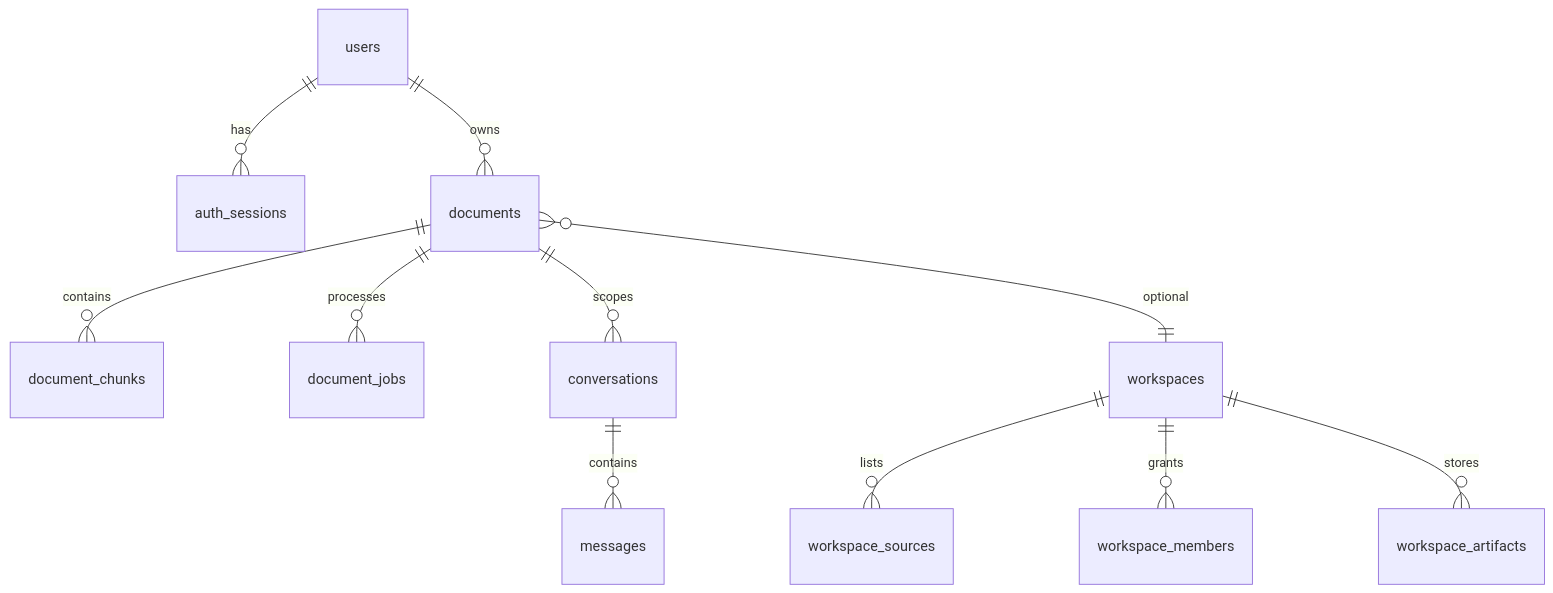
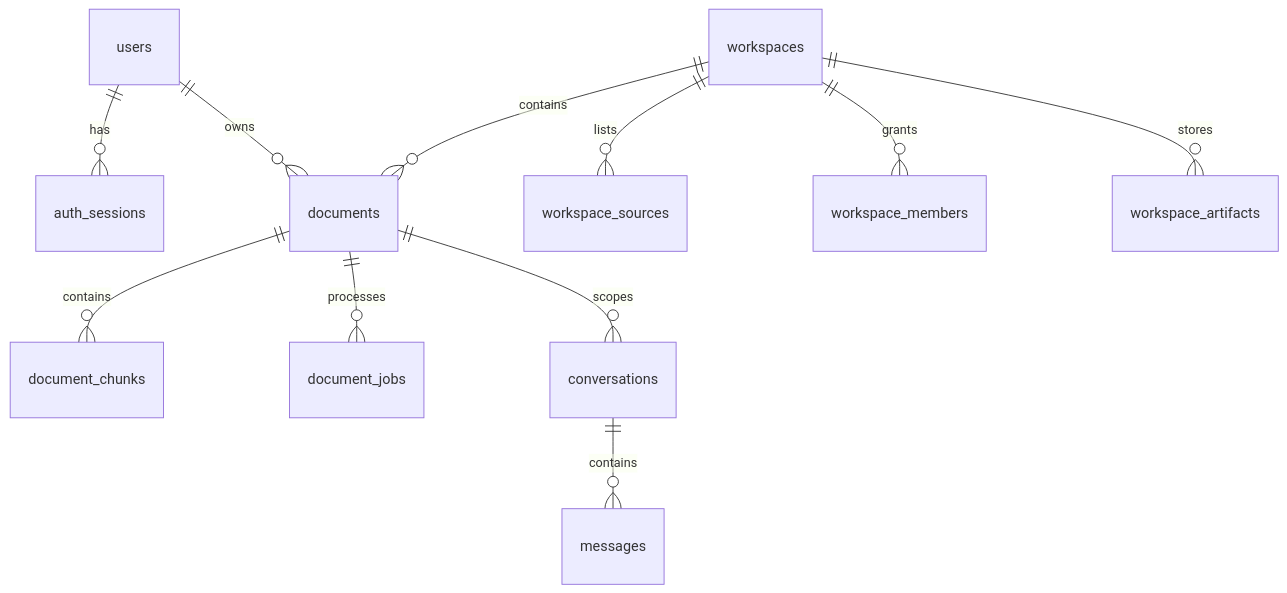
The third of 3 diagrams in README.md (khoiabc2020/Advanced-RAG-Document-Intelligence), drawn with Mermaid before and after one commit. The commit also changed other lines of this file, not shown here.

Commit message:
docs: streamline README into concise showcase format with validated architecture diagrams

````diff
--- a/README.md
+++ b/README.md
@@ -691,13 +264,13 @@
 ```mermaid
 erDiagram
   users ||--o{ auth_sessions : has
   users ||--o{ documents : owns
   documents ||--o{ document_chunks : contains
   documents ||--o{ document_jobs : processes
   documents ||--o{ conversations : scopes
   conversations ||--o{ messages : contains
   workspaces ||--o{ workspace_sources : lists
   workspaces ||--o{ workspace_members : grants
   workspaces ||--o{ workspace_artifacts : stores
-  documents }o--|| workspaces : optional
+  workspaces ||--o{ documents : contains
 ```
````
